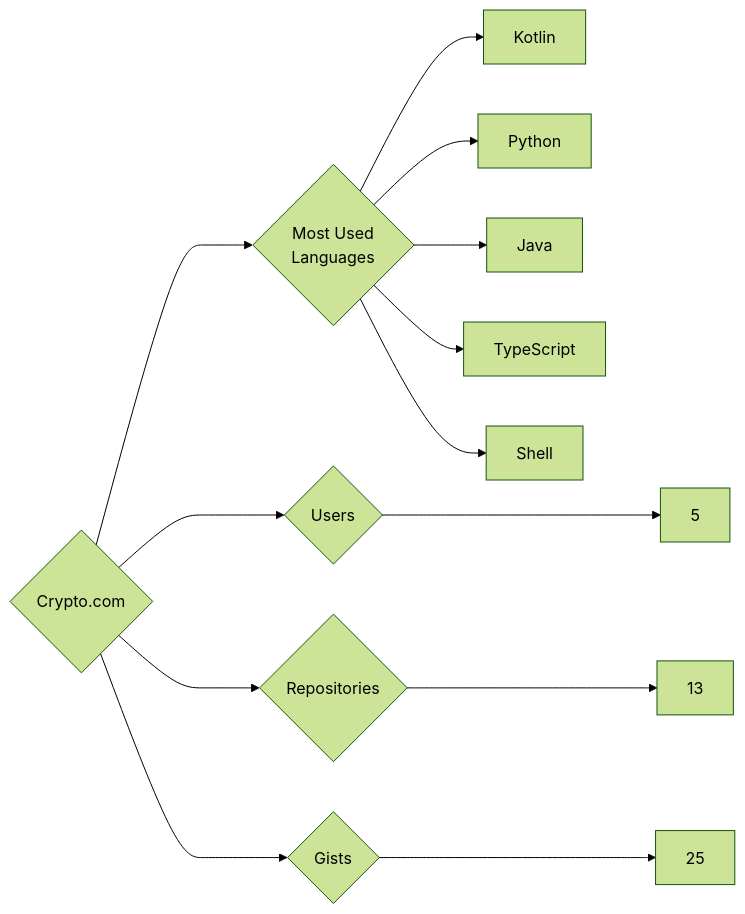
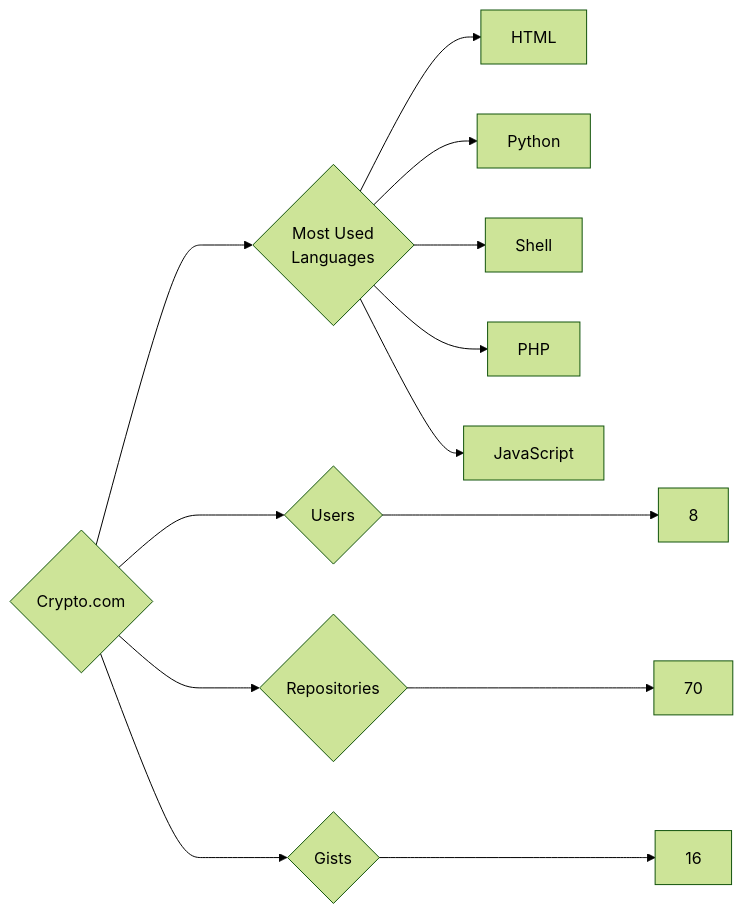
The diagram in targets/Crypto.com/README.md (trickest/insiders), drawn with Mermaid (forest theme) before and after one commit. The commit also changed 1175 other files, not shown here.

````diff
--- a/targets/Crypto.com/README.md
+++ b/targets/Crypto.com/README.md
@@ -3,13 +3,13 @@
 ```mermaid
 graph LR
 COMPANY_NAME{Crypto.com}
-COMPANY_NAME ---> U{Users} ---> UN[5]
-COMPANY_NAME ---> R{Repositories} ---> RN[13]
-COMPANY_NAME ---> G{Gists} ---> GN[25]
+COMPANY_NAME ---> U{Users} ---> UN[8]
+COMPANY_NAME ---> R{Repositories} ---> RN[70]
+COMPANY_NAME ---> G{Gists} ---> GN[16]
 COMPANY_NAME ---> ML{Most Used<br>Languages}
-ML --> Kotlin[Kotlin]
+ML --> HTML[HTML]
 ML --> Python[Python]
-ML --> Java[Java]
-ML --> TypeScript[TypeScript]
 ML --> Shell[Shell]
+ML --> PHP[PHP]
+ML --> JavaScript[JavaScript]
 ```
````
